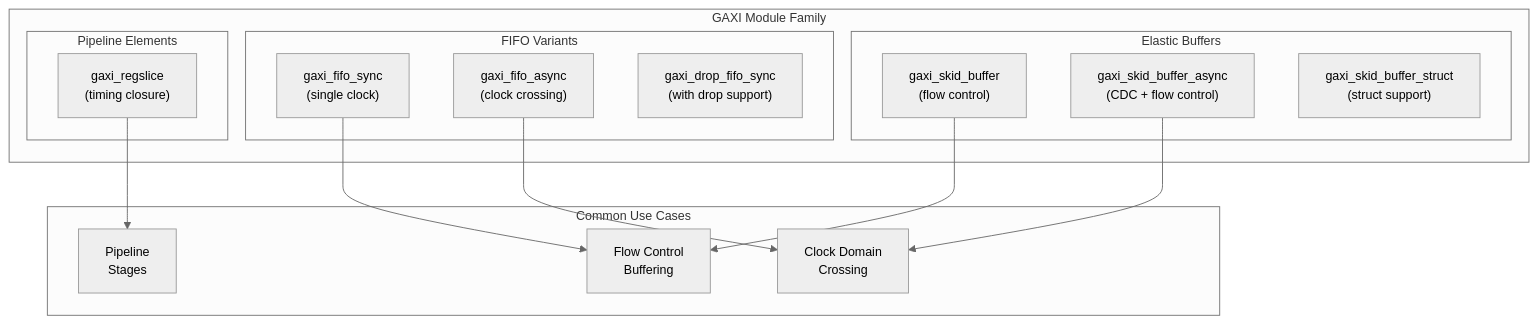
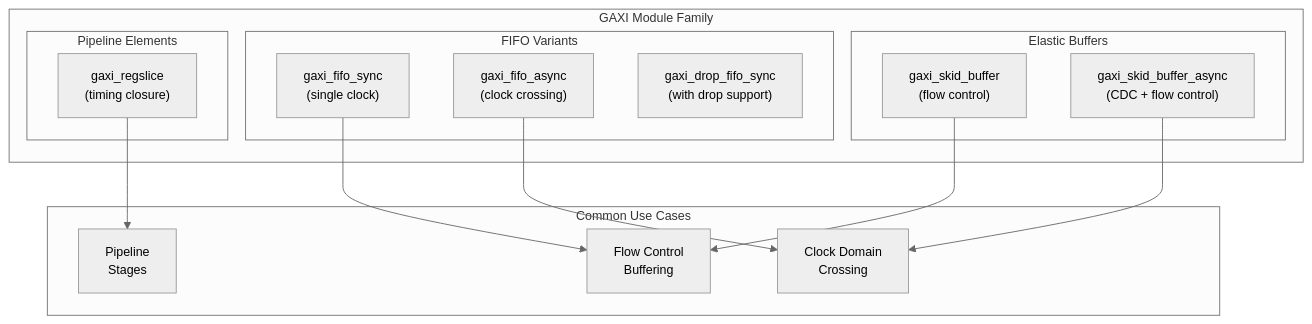
One commit to sean-galloway/RTLDesignSherpa changed the diagram in docs/markdown/assets/rtl-amba/gaxi_index.mmd. Above: the diagram before and after it, drawn with Mermaid. The commit also changed 20 other files, not shown here.

First line of the commit message:
refactor(gaxi): delete gaxi_skid_buffer_struct, and the dead params it hid

```diff
--- a/docs/markdown/assets/rtl-amba/gaxi_index.mmd
+++ b/docs/markdown/assets/rtl-amba/gaxi_index.mmd
@@ -1,31 +1,30 @@
 %%{init: {'theme': 'neutral', 'themeVariables': { 'fontSize': '14px'}}}%%
 flowchart TB
     subgraph GAXI["GAXI Module Family"]
         subgraph Buffers["Elastic Buffers"]
             SKID["gaxi_skid_buffer\n(flow control)"]
             SKID_ASYNC["gaxi_skid_buffer_async\n(CDC + flow control)"]
-            SKID_STRUCT["gaxi_skid_buffer_struct\n(struct support)"]
         end
 
         subgraph FIFOs["FIFO Variants"]
             FIFO_SYNC["gaxi_fifo_sync\n(single clock)"]
             FIFO_ASYNC["gaxi_fifo_async\n(clock crossing)"]
             FIFO_DROP["gaxi_drop_fifo_sync\n(with drop support)"]
         end
 
         subgraph Pipeline["Pipeline Elements"]
             REGSLICE["gaxi_regslice\n(timing closure)"]
         end
     end
 
     subgraph Usage["Common Use Cases"]
         CDC["Clock Domain\nCrossing"]
         PIPE["Pipeline\nStages"]
         FLOW["Flow Control\nBuffering"]
     end
 
     SKID --> FLOW
     SKID_ASYNC --> CDC
     FIFO_SYNC --> FLOW
     FIFO_ASYNC --> CDC
     REGSLICE --> PIPE
```
